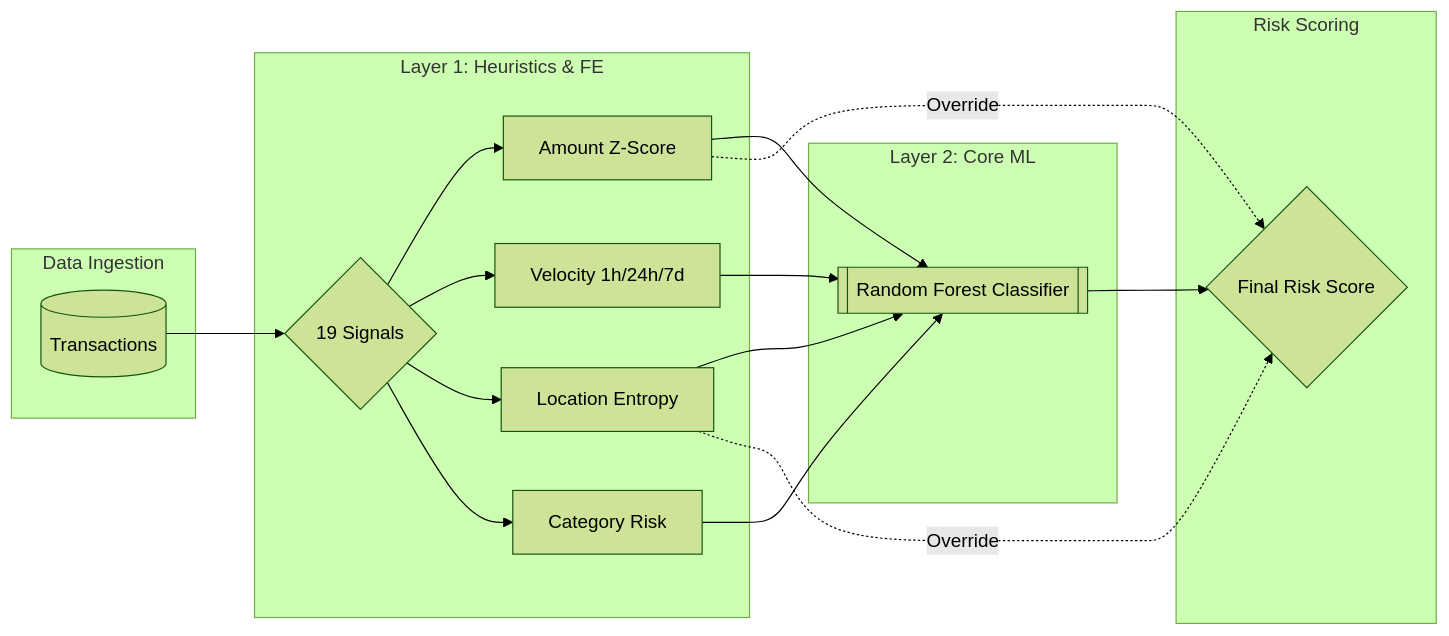
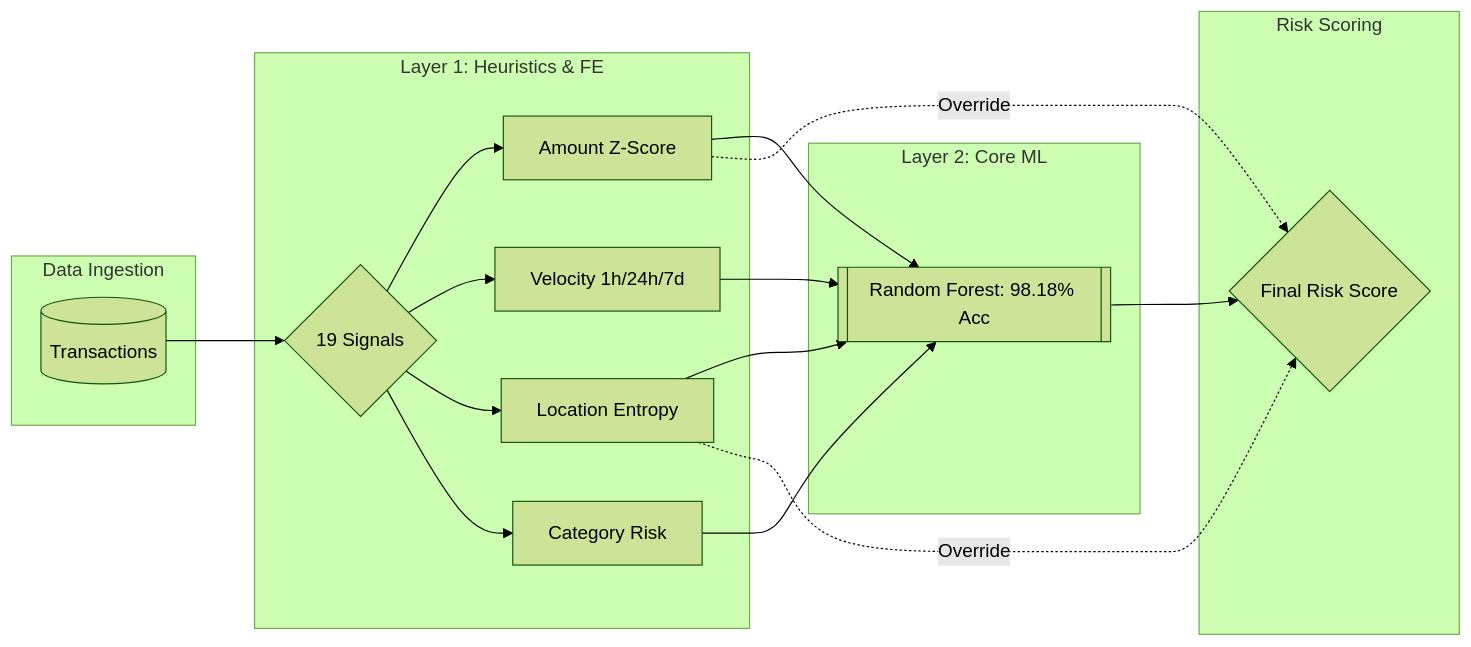
Before and after one commit to ladkrutarth/Veriscan-Cortex: the second of 2 diagrams in README.md, drawn with Mermaid (forest theme). The commit also changed other lines of this file, not shown here.

````diff
--- a/README.md
+++ b/README.md
@@ -129,31 +79,31 @@
 ```mermaid
 graph LR
     subgraph Data [Data Ingestion]
         TXN[(Transactions)]
     end
 
     subgraph FE [Layer 1: Heuristics & FE]
         HEU{19 Signals}
         HEU --> Z[Amount Z-Score]
         HEU --> V[Velocity 1h/24h/7d]
         HEU --> E[Location Entropy]
         HEU --> R[Category Risk]
     end
 
     subgraph ML [Layer 2: Core ML]
-        RF[[Random Forest Classifier]]
+        RF[[Random Forest: 98.18% Acc]]
     end
 
     subgraph Output [Risk Scoring]
         SCORE{Final Risk Score}
     end
 
     TXN --> HEU
     Z --> RF
     V --> RF
     E --> RF
     R --> RF
     RF --> SCORE
     Z -.->|Override| SCORE
     E -.->|Override| SCORE
 ```
````
